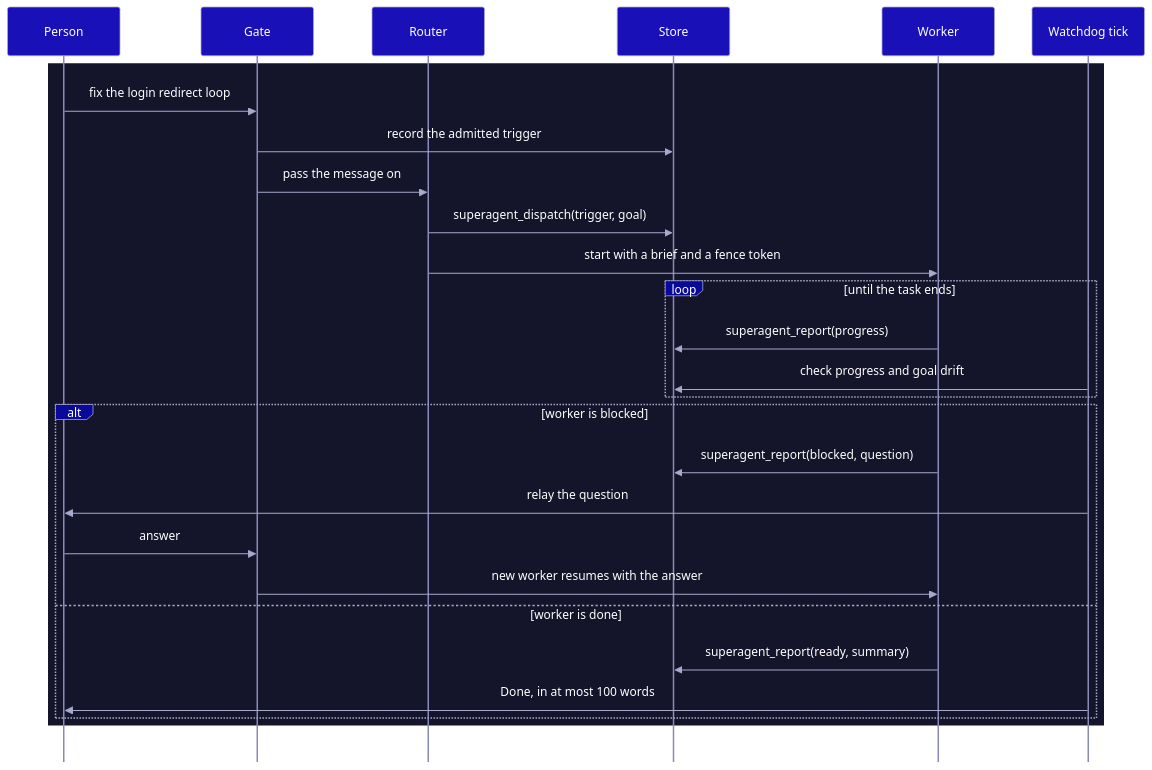
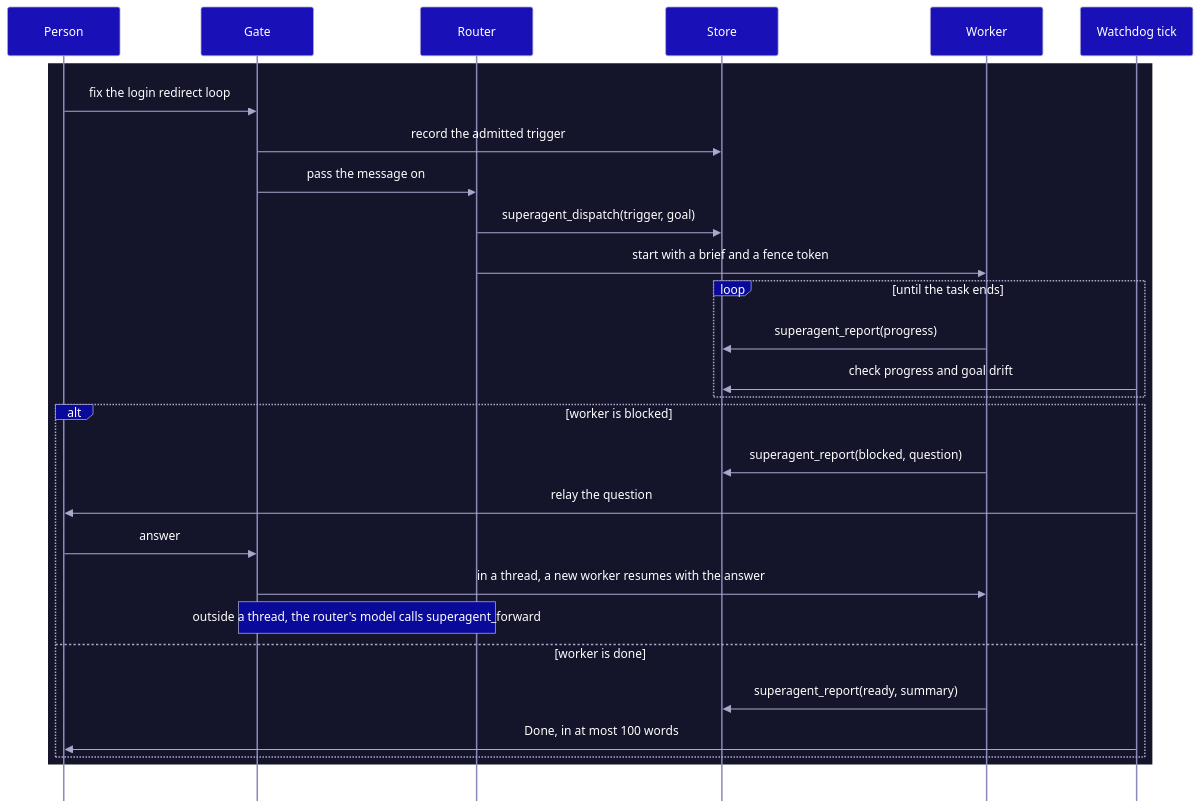
The second of 3 diagrams in README.md (AirKyzzZ/hermes-superagent), drawn with Mermaid before and after one commit. The commit also changed other lines of this file and 1 other file, not shown here.

````diff
--- a/README.md
+++ b/README.md
@@ -87,33 +89,34 @@
 ```mermaid
-%%{init: {"theme":"base","sequence":{"mirrorActors":false,"diagramMarginY":48},"themeVariables":{"primaryColor":"#1a10b8","primaryTextColor":"#ffffff","primaryBorderColor":"#a9a9cc","lineColor":"#8a8ab8","textColor":"#ffffff","actorBkg":"#1a10b8","actorBorder":"#a9a9cc","actorTextColor":"#ffffff","actorLineColor":"#8a8ab8","signalColor":"#a9a9cc","signalTextColor":"#ffffff","labelBoxBkgColor":"#0a0a9a","labelBoxBorderColor":"#a9a9cc","labelTextColor":"#ffffff","loopTextColor":"#ffffff"}}}%%
+%%{init: {"theme":"base","sequence":{"mirrorActors":false,"diagramMarginY":48},"themeVariables":{"primaryColor":"#1a10b8","primaryTextColor":"#ffffff","primaryBorderColor":"#a9a9cc","lineColor":"#8a8ab8","textColor":"#ffffff","actorBkg":"#1a10b8","actorBorder":"#a9a9cc","actorTextColor":"#ffffff","actorLineColor":"#8a8ab8","signalColor":"#a9a9cc","signalTextColor":"#ffffff","labelBoxBkgColor":"#0a0a9a","labelBoxBorderColor":"#a9a9cc","labelTextColor":"#ffffff","loopTextColor":"#ffffff","noteBkgColor":"#0a0a9a","noteBorderColor":"#a9a9cc","noteTextColor":"#ffffff"}}}%%
 sequenceDiagram
     participant person as Person
     participant gate as Gate
     participant router as Router
     participant store as Store
     participant worker as Worker
     participant tick as Watchdog tick
 
     rect rgb(20, 20, 42)
         person->>gate: fix the login redirect loop
         gate->>store: record the admitted trigger
         gate->>router: pass the message on
         router->>store: superagent_dispatch(trigger, goal)
         router->>worker: start with a brief and a fence token
 
         loop until the task ends
             worker->>store: superagent_report(progress)
             tick->>store: check progress and goal drift
         end
 
         alt worker is blocked
             worker->>store: superagent_report(blocked, question)
             tick->>person: relay the question
             person->>gate: answer
-            gate->>worker: new worker resumes with the answer
+            gate->>worker: in a thread, a new worker resumes with the answer
+            Note over gate,router: outside a thread, the router's model calls superagent_forward
         else worker is done
             worker->>store: superagent_report(ready, summary)
             tick->>person: Done, in at most 100 words
         end
     end
 ```
````
